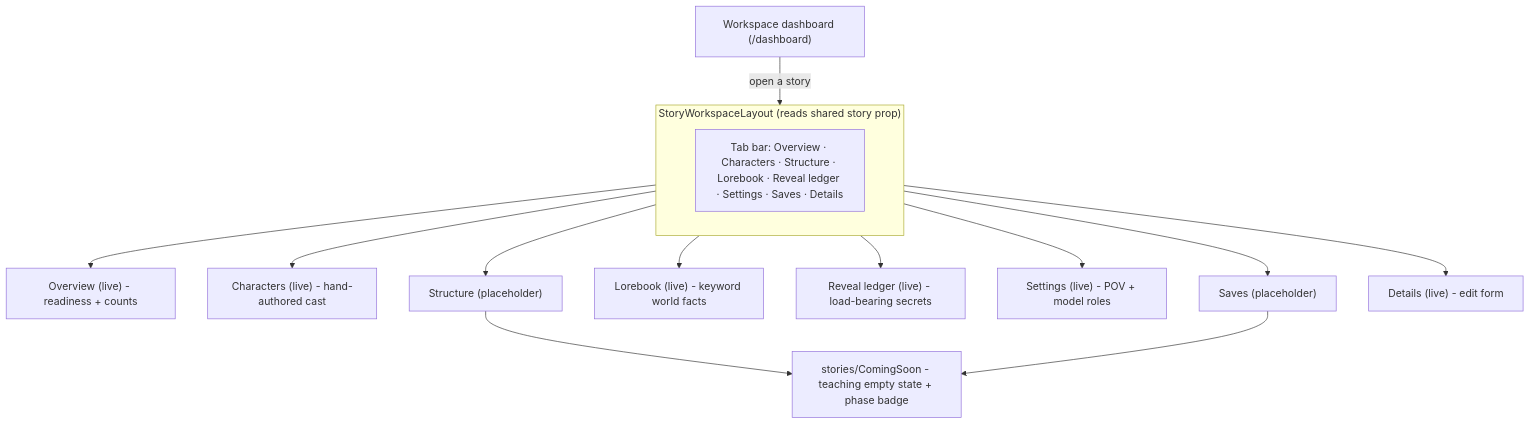
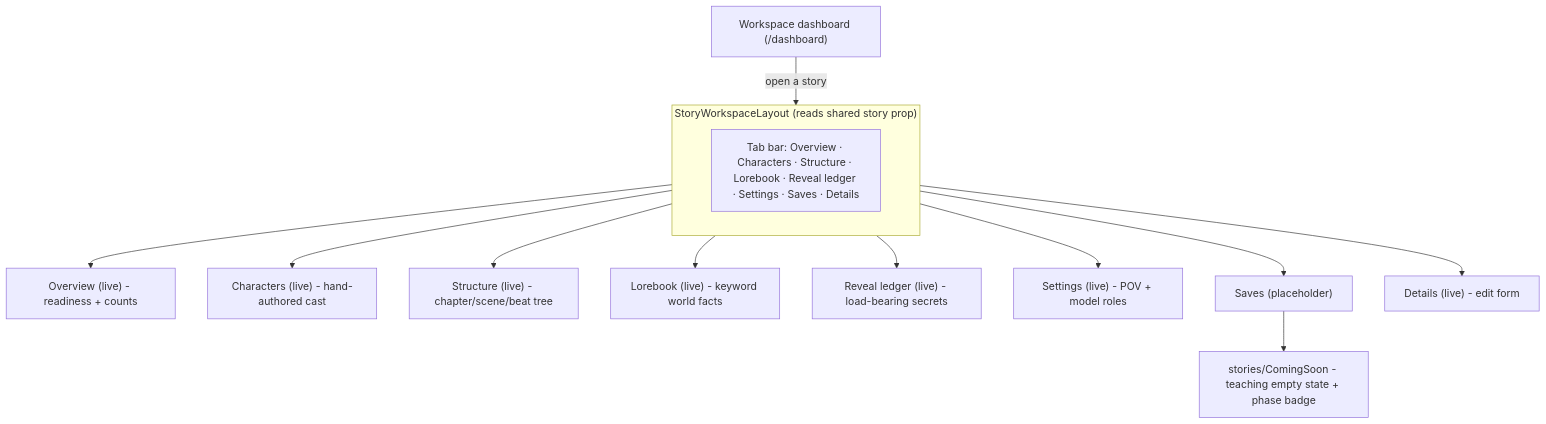
One commit to ZulfikarHD/text-advanture-app changed the first of 2 diagrams in docs/architecture/Diagrams/Authoring/Story_Workspace_Shell.md. Above: the diagram before and after it, drawn with Mermaid. The commit also changed other lines of this file and 29 other files, not shown here.

````diff
--- a/docs/architecture/Diagrams/Authoring/Story_Workspace_Shell.md
+++ b/docs/architecture/Diagrams/Authoring/Story_Workspace_Shell.md
@@ -15,21 +17,20 @@
 ```mermaid
 flowchart TD
     Dashboard["Workspace dashboard (/dashboard)"] -->|"open a story"| Shell
 
     subgraph Shell ["StoryWorkspaceLayout (reads shared story prop)"]
         direction TB
         Tabs["Tab bar: Overview · Characters · Structure · Lorebook · Reveal ledger · Settings · Saves · Details"]
     end
 
     Tabs --> Overview["Overview (live) - readiness + counts"]
     Tabs --> Characters["Characters (live) - hand-authored cast"]
-    Tabs --> Structure["Structure (placeholder)"]
+    Tabs --> Structure["Structure (live) - chapter/scene/beat tree"]
     Tabs --> Lorebook["Lorebook (live) - keyword world facts"]
     Tabs --> RevealLedger["Reveal ledger (live) - load-bearing secrets"]
     Tabs --> Settings["Settings (live) - POV + model roles"]
     Tabs --> Saves["Saves (placeholder)"]
     Tabs --> Details["Details (live) - edit form"]
 
-    Structure --> CS["stories/ComingSoon - teaching empty state + phase badge"]
-    Saves --> CS
+    Saves --> CS["stories/ComingSoon - teaching empty state + phase badge"]
 ```
````
